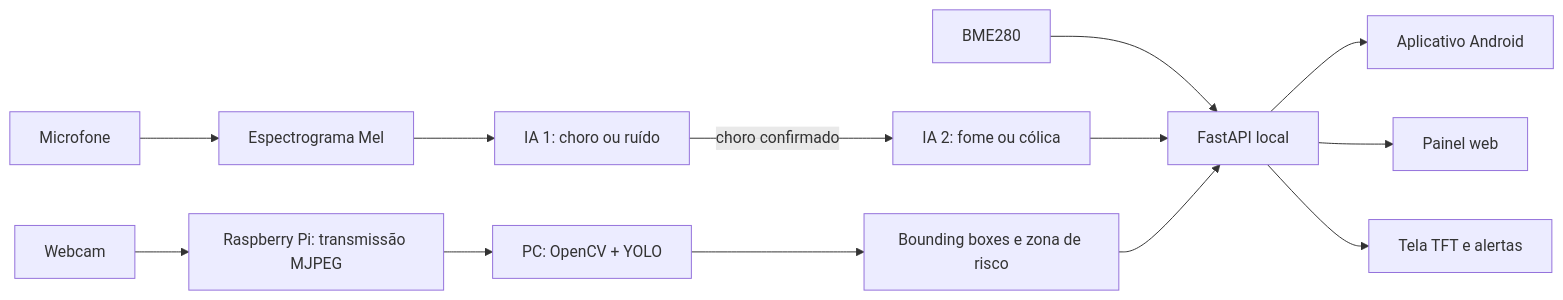
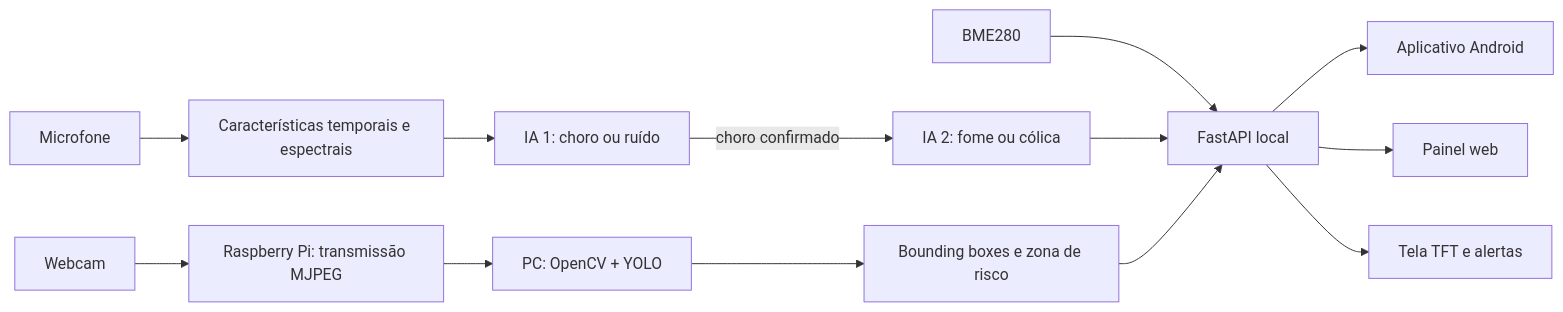
Before and after one commit to VantuilPJr/CrySense: the diagram in README.md, drawn with Mermaid. The commit also changed other lines of this file, not shown here.

````diff
--- a/README.md
+++ b/README.md
@@ -23,15 +27,15 @@
 ```mermaid
 flowchart LR
-    M[Microfone] --> A[Espectrograma Mel]
+    M[Microfone] --> A[Características temporais e espectrais]
     A --> IA1[IA 1: choro ou ruído]
     IA1 -->|choro confirmado| IA2[IA 2: fome ou cólica]
     C[Webcam] --> R[Raspberry Pi: transmissão MJPEG]
     R --> Y[PC: OpenCV + YOLO]
     Y --> Z[Bounding boxes e zona de risco]
     S[BME280] --> API[FastAPI local]
     IA2 --> API
     Z --> API
     API --> APP[Aplicativo Android]
     API --> WEB[Painel web]
     API --> TFT[Tela TFT e alertas]
 ```
````
